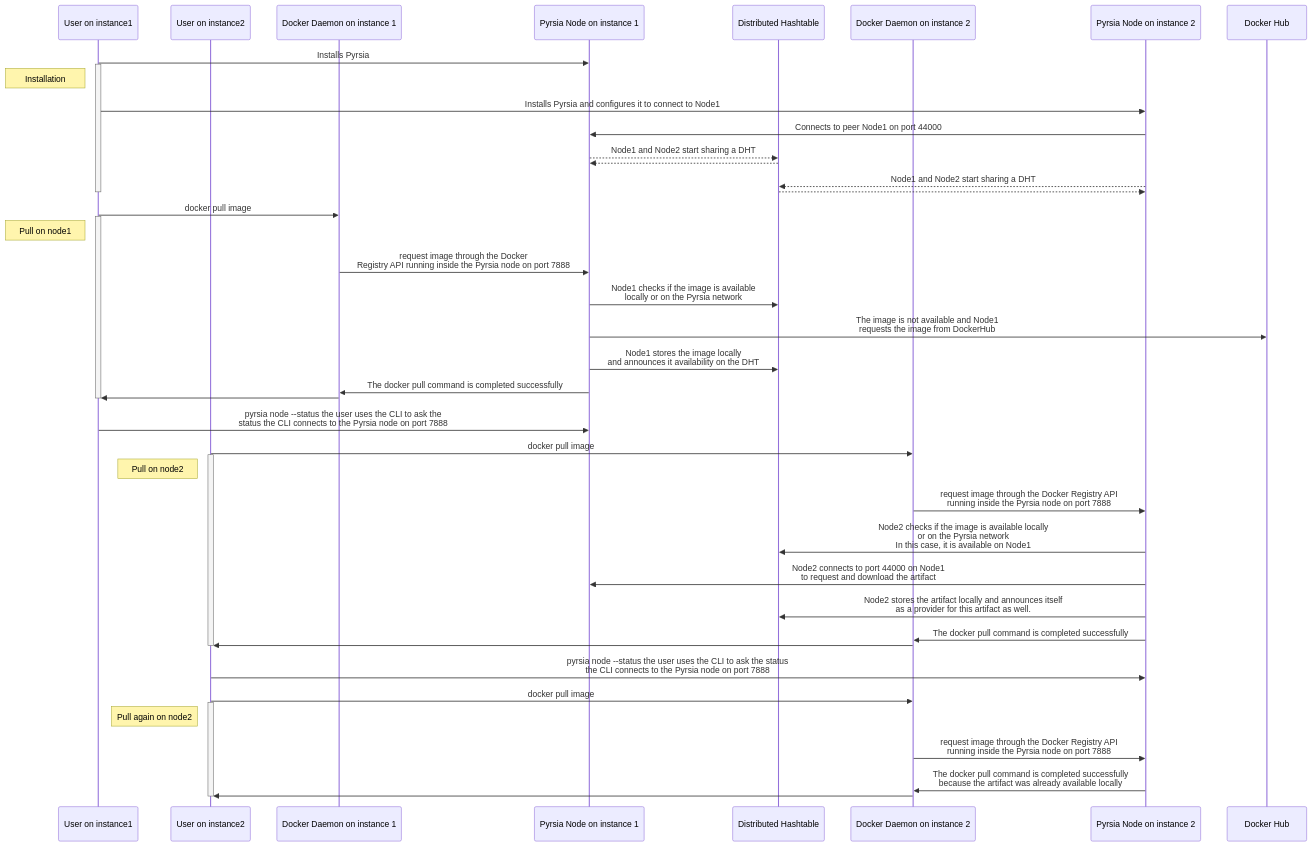
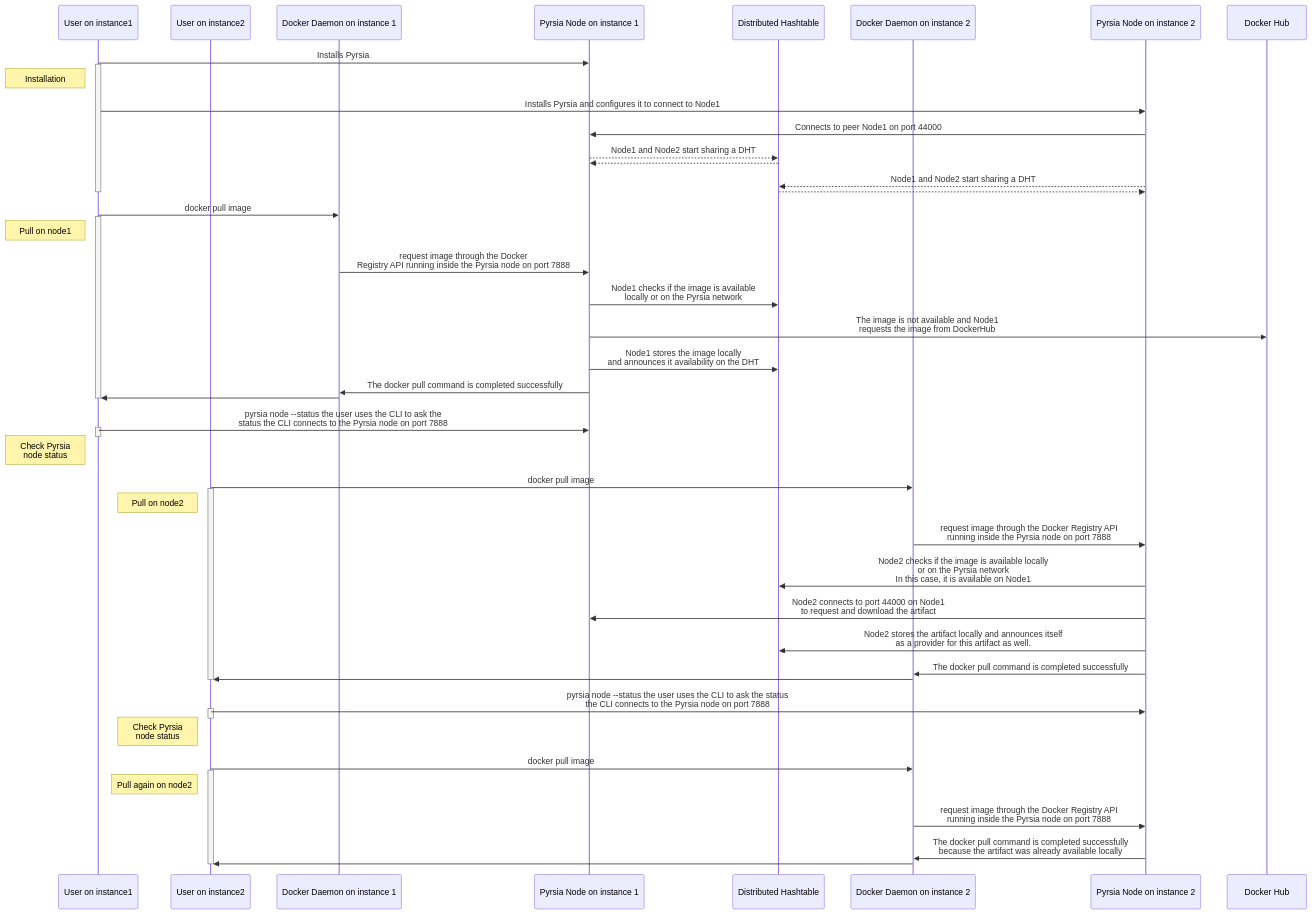
The diagram in docs/tutorials/demo.md (pyrsia/pyrsia), drawn with Mermaid before and after one commit. The commit also changed other lines of this file, not shown here.

````diff
--- a/docs/tutorials/demo.md
+++ b/docs/tutorials/demo.md
@@ -29,62 +35,68 @@
 ```mermaid
 sequenceDiagram
 participant User as User on instance1
 participant User2 as User on instance2
 participant Docker1 as Docker Daemon on instance 1
 participant Node1 as Pyrsia Node on instance 1
 participant DHT as Distributed Hashtable
 participant Docker2 as Docker Daemon on instance 2
 participant Node2 as Pyrsia Node on instance 2
 participant DockerHub as Docker Hub
 
 User ->> Node1: Installs Pyrsia
 activate User
 note left of User: Installation
 User ->> Node2: Installs Pyrsia and configures it to connect to Node1
 
 Node2 ->> Node1: Connects to peer Node1 on port 44000
 
 Node1 -->> DHT: Node1 and Node2 start sharing a DHT
 DHT -->> Node1: 
 Node2 -->> DHT: Node1 and Node2 start sharing a DHT
 DHT -->> Node2: 
 deactivate User
 
 
 User ->> Docker1: docker pull image
 activate User
 note left of User: Pull on node1
 Docker1 ->> Node1: request image through the Docker<br>Registry API running inside the Pyrsia node on port 7888
 Node1 ->> DHT: Node1 checks if the image is available<br>locally or on the Pyrsia network
 Node1 ->> DockerHub: The image is not available and Node1<br>requests the image from DockerHub
 Node1 ->> DHT: Node1 stores the image locally<br>and announces it availability on the DHT
 Node1 ->> Docker1: The docker pull command is completed successfully
 Docker1 ->> User: 
 deactivate User
 
 User ->> Node1: pyrsia node --status the user uses the CLI to ask the<br>status the CLI connects to the Pyrsia node on port 7888
+activate User
+deactivate User
+note left of User: Check Pyrsia<br>node status
 
 User2 ->> Docker2: docker pull image
 activate User2
 note left of User2: Pull on node2
 Docker2 ->> Node2: request image through the Docker Registry API<br>running inside the Pyrsia node on port 7888
 
 Node2 ->> DHT: Node2 checks if the image is available locally<br>or on the Pyrsia network<br>In this case, it is available on Node1
 
 Node2 ->> Node1: Node2 connects to port 44000 on Node1<br>to request and download the artifact
 Node2 ->> DHT: Node2 stores the artifact locally and announces itself<br>as a provider for this artifact as well.
 Node2 ->> Docker2: The docker pull command is completed successfully
 Docker2 ->> User2: 
 deactivate User2
 
 User2 ->> Node2: pyrsia node --status the user uses the CLI to ask the status<br>the CLI connects to the Pyrsia node on port 7888
+activate User2
+deactivate User2
+note left of User2: Check Pyrsia<br>node status
 
 
 User2 ->> Docker2: docker pull image
 activate User2
 note left of User2: Pull again on node2
 Docker2 ->> Node2: request image through the Docker Registry API<br>running inside the Pyrsia node on port 7888
 Node2 ->> Docker2: The docker pull command is completed successfully<br>because the artifact was already available locally
 Docker2 ->> User2: 
 deactivate User2
 ```
````
